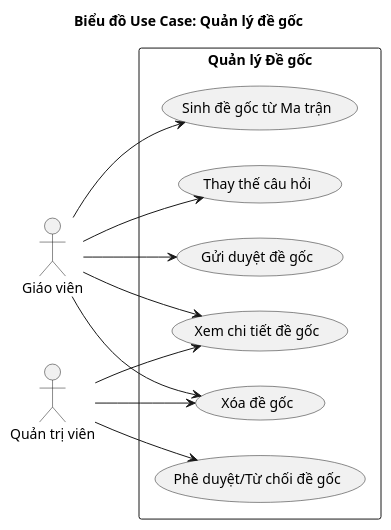
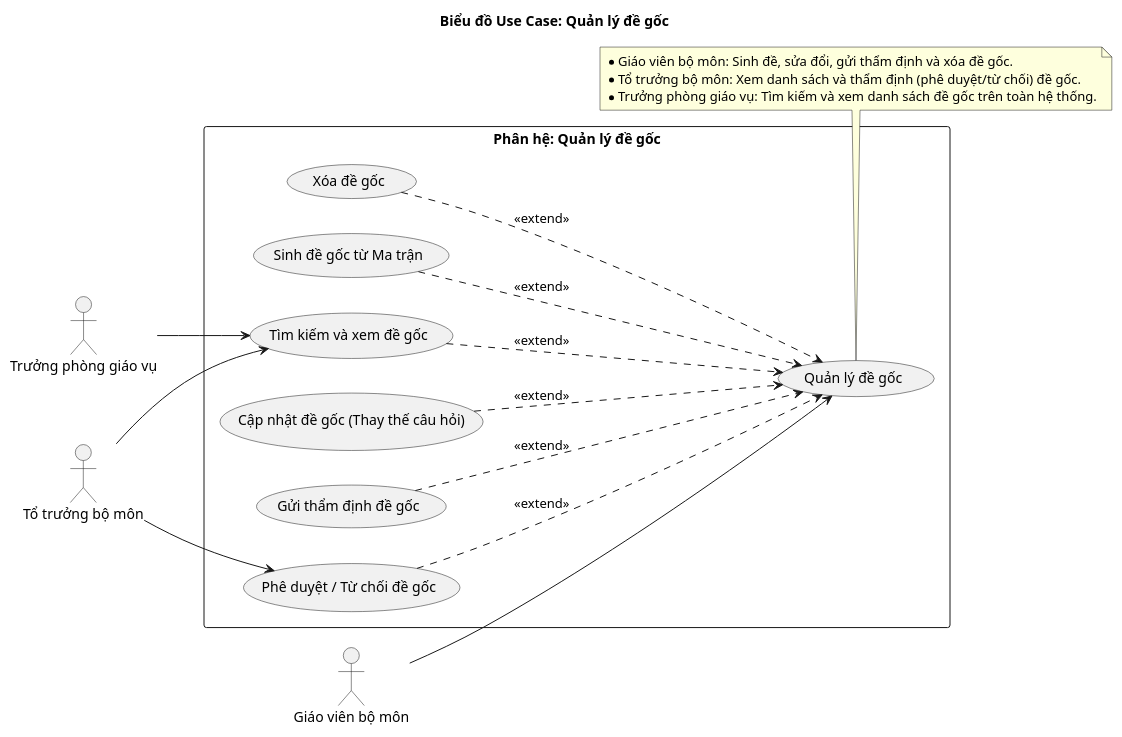
One commit to VuKV03/do-an-tot-nghiep changed the first of 9 diagrams in Usecase/quanlydegoc.md. Above: the diagram before and after it, drawn with PlantUML. The commit also changed other lines of this file and 10 other files, not shown here.

````diff
--- a/Usecase/quanlydegoc.md
+++ b/Usecase/quanlydegoc.md
@@ -30,29 +29,40 @@
 ```plantuml
 @startuml
 title Biểu đồ Use Case: Quản lý đề gốc
+
 left to right direction
 skinparam packageStyle rectangle
 
-actor "Giáo viên" as GV
-actor "Quản trị viên" as QTV
+actor "Giáo viên bộ môn" as GVBM
+actor "Tổ trưởng bộ môn" as TTBM
+actor "Trưởng phòng giáo vụ" as TPGV
 
-rectangle "Quản lý Đề gốc" {
-  usecase "Sinh đề gốc từ Ma trận" as UC1
-  usecase "Xem chi tiết đề gốc" as UC2
-  usecase "Thay thế câu hỏi" as UC3
-  usecase "Gửi duyệt đề gốc" as UC4
-  usecase "Phê duyệt/Từ chối đề gốc" as UC5
-  usecase "Xóa đề gốc" as UC6
+rectangle "Phân hệ: Quản lý đề gốc" {
+  usecase "Quản lý đề gốc" as MainUC
+  usecase "Sinh đề gốc từ Ma trận" as UC_Sinh
+  usecase "Tìm kiếm và xem đề gốc" as UC_Xem
+  usecase "Cập nhật đề gốc (Thay thế câu hỏi)" as UC_Sua
+  usecase "Gửi thẩm định đề gốc" as UC_GuiDuyet
+  usecase "Phê duyệt / Từ chối đề gốc" as UC_Duyet
+  usecase "Xóa đề gốc" as UC_Xoa
+
+  UC_Sinh ..> MainUC : <<extend>>
+  UC_Xem ..> MainUC : <<extend>>
+  UC_Sua ..> MainUC : <<extend>>
+  UC_GuiDuyet ..> MainUC : <<extend>>
+  UC_Duyet ..> MainUC : <<extend>>
+  UC_Xoa ..> MainUC : <<extend>>
 }
 
-GV --> UC1
-GV --> UC2
-GV --> UC3
-GV --> UC4
-GV --> UC6
+GVBM --> MainUC
+TTBM --> UC_Xem
+TTBM --> UC_Duyet
+TPGV --> UC_Xem
 
-QTV --> UC2
-QTV --> UC5
-QTV --> UC6
+note bottom of MainUC
+  * Giáo viên bộ môn: Sinh đề, sửa đổi, gửi thẩm định và xóa đề gốc.
+  * Tổ trưởng bộ môn: Xem danh sách và thẩm định (phê duyệt/từ chối) đề gốc.
+  * Trưởng phòng giáo vụ: Tìm kiếm và xem danh sách đề gốc trên toàn hệ thống.
+end note
 @enduml
 ```
````
